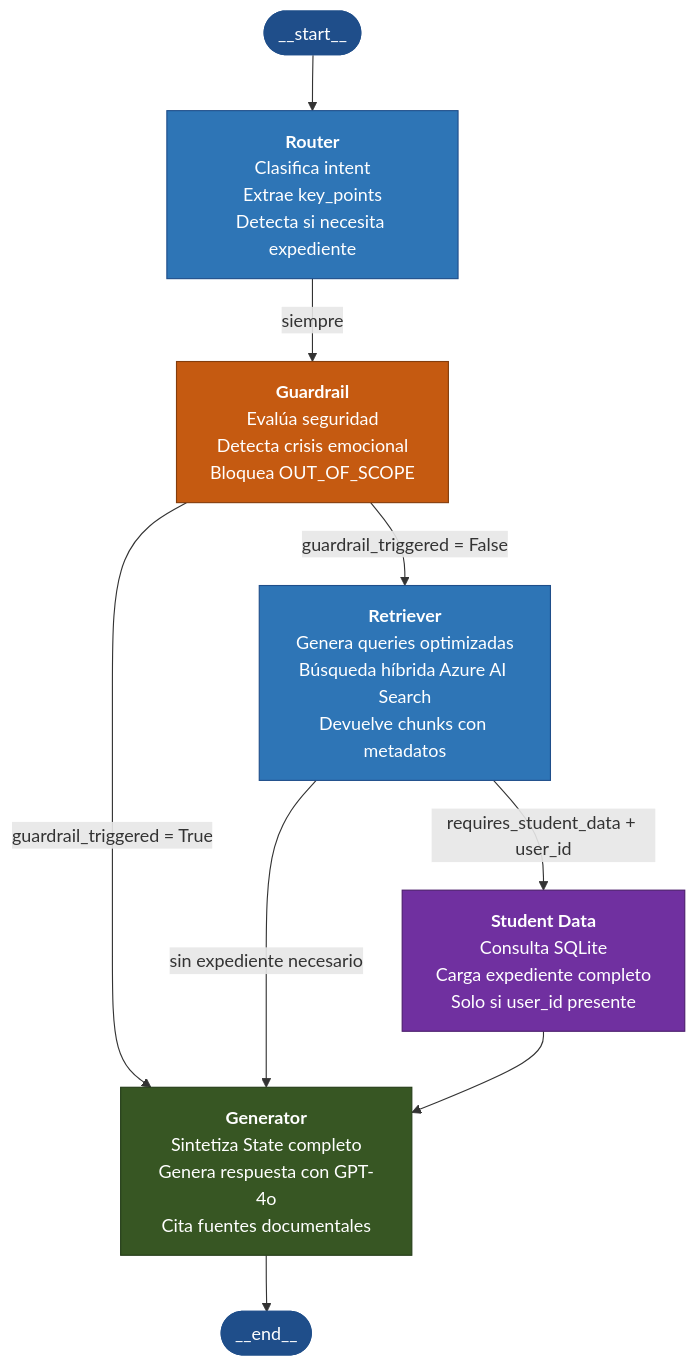
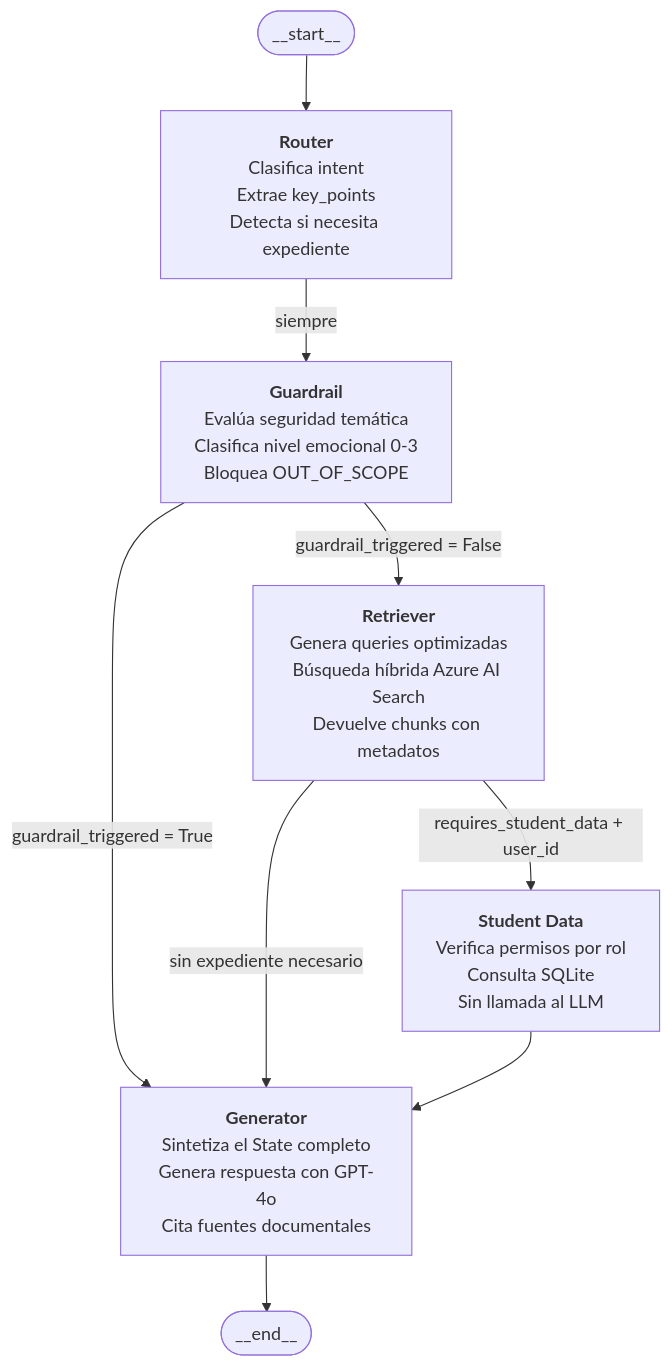
The diagram in docs/diagrams/agent_graph_flow.md (efeluxy/tfg-rag-university), drawn with Mermaid before and after one commit. The commit also changed 3 other files, not shown here.

````diff
--- a/docs/diagrams/agent_graph_flow.md
+++ b/docs/diagrams/agent_graph_flow.md
@@ -4,50 +4,27 @@
 ```mermaid
 flowchart TD
-    START([__start__]) --> ROUTER
+    START(["__start__"]) --> ROUTER
 
-    ROUTER["`**Router**
-    Clasifica intent
-    Extrae key_points
-    Detecta si necesita expediente`"]
+    ROUTER["<b>Router</b><br/>Clasifica intent<br/>Extrae key_points<br/>Detecta si necesita expediente"]
 
-    GUARDRAIL["`**Guardrail**
-    Evalúa seguridad
-    Detecta crisis emocional
-    Bloquea OUT_OF_SCOPE`"]
+    GUARDRAIL["<b>Guardrail</b><br/>Evalúa seguridad temática<br/>Clasifica nivel emocional 0-3<br/>Bloquea OUT_OF_SCOPE"]
 
-    RETRIEVER["`**Retriever**
-    Genera queries optimizadas
-    Búsqueda híbrida Azure AI Search
-    Devuelve chunks con metadatos`"]
+    RETRIEVER["<b>Retriever</b><br/>Genera queries optimizadas<br/>Búsqueda híbrida Azure AI Search<br/>Devuelve chunks con metadatos"]
 
-    STUDENT_DATA["`**Student Data**
-    Consulta SQLite
-    Carga expediente completo
-    Solo si user_id presente`"]
+    STUDENT_DATA["<b>Student Data</b><br/>Verifica permisos por rol<br/>Consulta SQLite<br/>Sin llamada al LLM"]
 
-    GENERATOR["`**Generator**
-    Sintetiza State completo
-    Genera respuesta con GPT-4o
-    Cita fuentes documentales`"]
+    GENERATOR["<b>Generator</b><br/>Sintetiza el State completo<br/>Genera respuesta con GPT-4o<br/>Cita fuentes documentales"]
 
-    END_NODE([__end__])
+    END_NODE(["__end__"])
 
     ROUTER -->|siempre| GUARDRAIL
 
     GUARDRAIL -->|guardrail_triggered = True| GENERATOR
     GUARDRAIL -->|guardrail_triggered = False| RETRIEVER
 
     RETRIEVER -->|requires_student_data + user_id| STUDENT_DATA
     RETRIEVER -->|sin expediente necesario| GENERATOR
 
     STUDENT_DATA --> GENERATOR
     GENERATOR --> END_NODE
-
-    style ROUTER       fill:#2E75B6,color:#fff,stroke:#1F4E8A
-    style GUARDRAIL    fill:#C55A11,color:#fff,stroke:#843D0C
-    style RETRIEVER    fill:#2E75B6,color:#fff,stroke:#1F4E8A
-    style STUDENT_DATA fill:#7030A0,color:#fff,stroke:#4B1D6B
-    style GENERATOR    fill:#375623,color:#fff,stroke:#233B17
-    style START        fill:#1F4E8A,color:#fff,stroke:#1F4E8A
-    style END_NODE     fill:#1F4E8A,color:#fff,stroke:#1F4E8A
 ```
````
